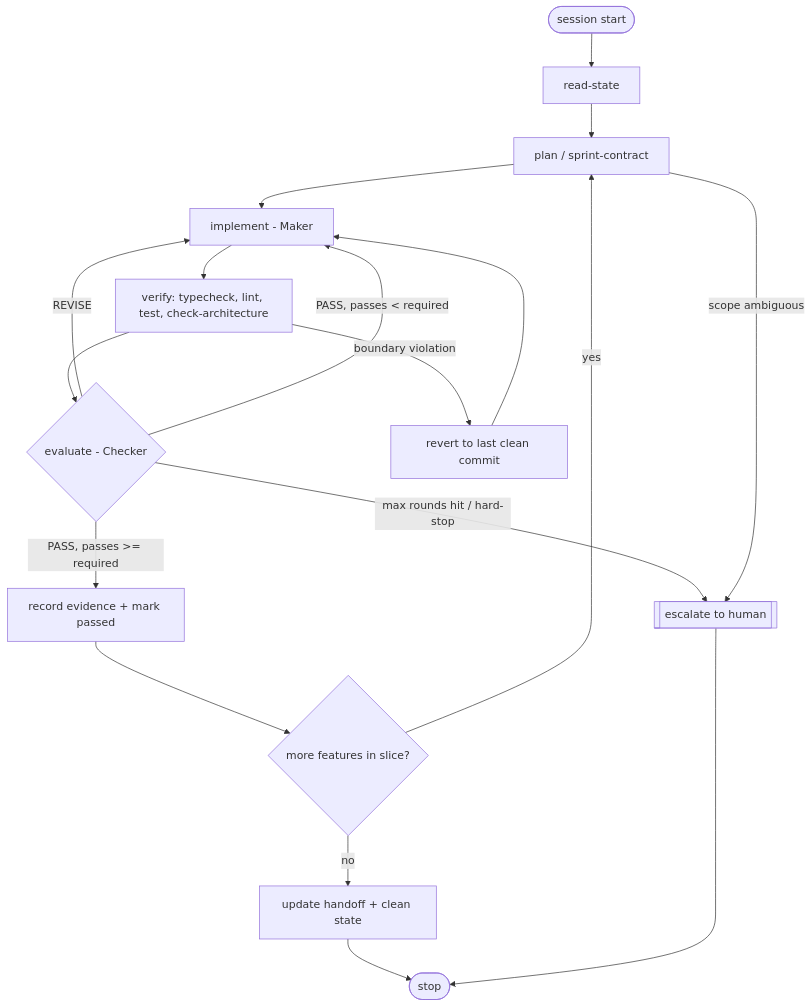
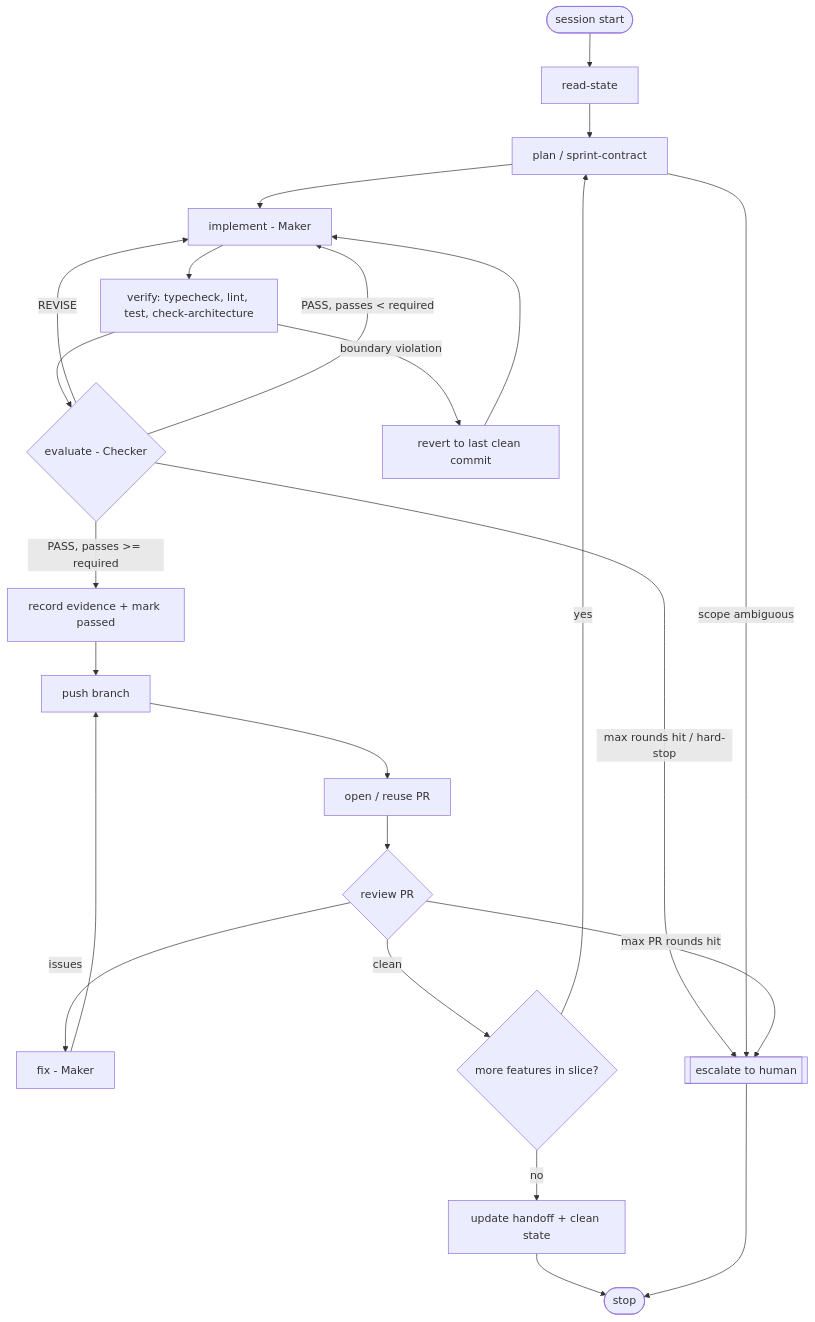
One commit to nimatrazmjo/DiagramHQ changed the diagram in .harness/graph/workflow-graph.md. Above: the diagram before and after it, drawn with Mermaid. The commit also changed other lines of this file and 7 other files, not shown here.

First line of the commit message:
docs(harness): add push/pr/review/fix loop after each feature

````diff
--- a/.harness/graph/workflow-graph.md
+++ b/.harness/graph/workflow-graph.md
@@ -7,21 +7,27 @@
 ```mermaid
 flowchart TD
     START([session start]) --> READ[read-state]
     READ --> PLAN[plan / sprint-contract]
     PLAN --> IMPL[implement - Maker]
     IMPL --> VERIFY[verify: typecheck, lint, test, check-architecture]
     VERIFY --> EVAL{evaluate - Checker}
     EVAL -->|REVISE| IMPL
     EVAL -->|PASS, passes < required| IMPL
     EVAL -->|PASS, passes >= required| RECORD[record evidence + mark passed]
-    RECORD --> NEXT{more features in slice?}
+    RECORD --> PUSH[push branch]
+    PUSH --> OPENPR[open / reuse PR]
+    OPENPR --> PRREVIEW{review PR}
+    PRREVIEW -->|issues| PRFIX[fix - Maker]
+    PRFIX --> PUSH
+    PRREVIEW -->|clean| NEXT{more features in slice?}
     NEXT -->|yes| PLAN
     NEXT -->|no| HANDOFF[update handoff + clean state]
     HANDOFF --> STOP([stop])
 
     VERIFY -->|boundary violation| ROLLBACK[revert to last clean commit]
     ROLLBACK --> IMPL
     EVAL -->|max rounds hit / hard-stop| HUMAN[[escalate to human]]
     PLAN -->|scope ambiguous| HUMAN
+    PRREVIEW -->|max PR rounds hit| HUMAN
     HUMAN --> STOP
 ```
````
